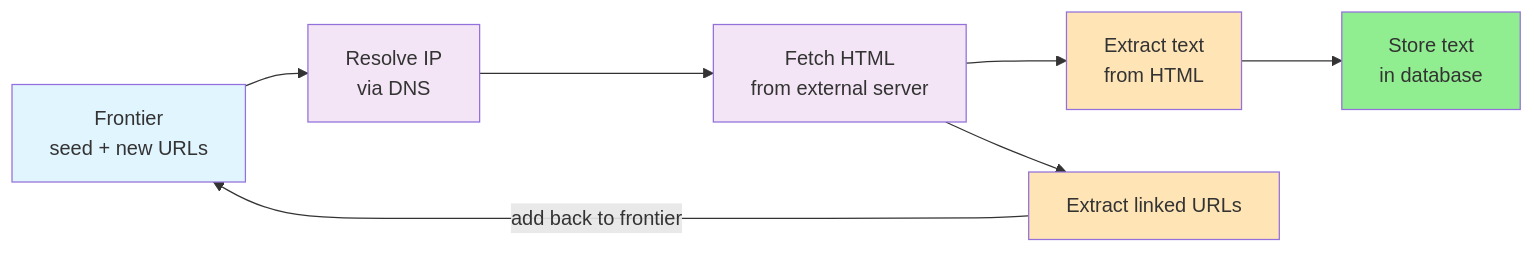
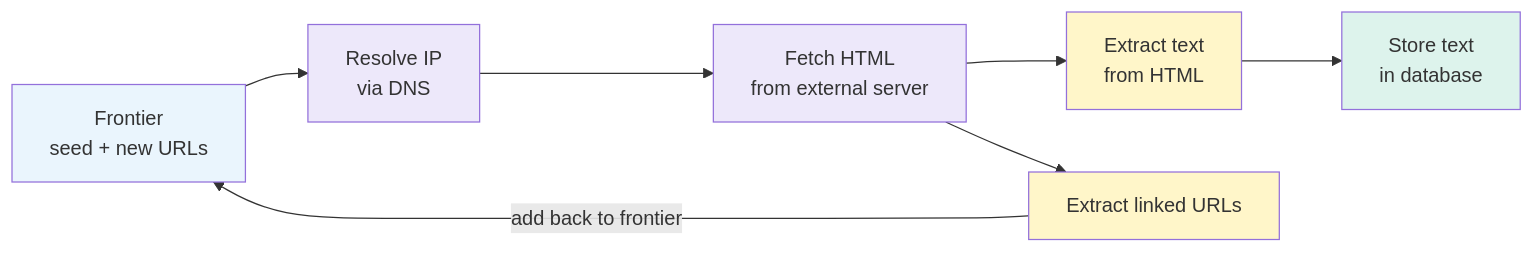
Before and after one commit to cartmancodes/InterviewVault: the first of 2 diagrams in LLD/SystemDesign/ProblemBreakdowns/WebCrawler.md, drawn with Mermaid. The commit also changed 679 other files, not shown here.

Commit message:
Unify content diagrams and add accessible visual walkthroughs

````diff
--- a/LLD/SystemDesign/ProblemBreakdowns/WebCrawler.md
+++ b/LLD/SystemDesign/ProblemBreakdowns/WebCrawler.md
@@ -108,16 +108,16 @@
 ```mermaid
 graph LR
     F["Frontier<br/>seed + new URLs"] --> D["Resolve IP<br/>via DNS"]
     D --> H["Fetch HTML<br/>from external server"]
     H --> T["Extract text<br/>from HTML"]
     T --> S["Store text<br/>in database"]
     H --> L["Extract linked URLs"]
     L -->|"add back to frontier"| F
 
-    style F fill:#e1f5ff
-    style D fill:#f3e5f5
-    style H fill:#f3e5f5
-    style T fill:#FFE4B5
-    style S fill:#90EE90
-    style L fill:#FFE4B5
+    style F fill:#EAF5FD
+    style D fill:#EDE8FA
+    style H fill:#EDE8FA
+    style T fill:#FFF6C9
+    style S fill:#DDF3EC
+    style L fill:#FFF6C9
 ```
````
